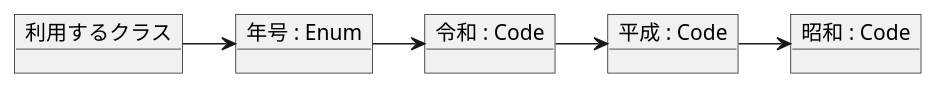
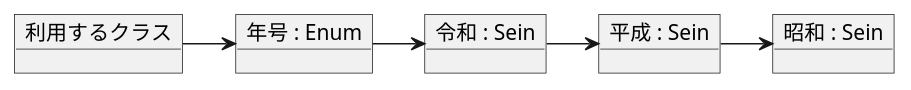
Before and after one commit to turanukimaru/fehs: the diagram in fehsbattlemodel/uml/codeObject.puml, drawn with PlantUML. The commit also changed 7 other files, not shown here.

```diff
--- a/fehsbattlemodel/uml/codeObject.puml
+++ b/fehsbattlemodel/uml/codeObject.puml
@@ -1,15 +1,14 @@
 @startuml
 
 object "利用するクラス" as others
 object "年号 : Enum" as nengo
-object "令和 : Code" as reiwa
-object "平成 : Code" as heisei
-object "昭和 : Code" as showa
+object "令和 : Sein" as reiwaA
+object "平成 : Sein" as heisei
+object "昭和 : Sein" as showa
 
 others -> nengo
-nengo -> reiwa
-reiwa -> heisei
-heisei ->showa
-
+nengo -> reiwaA
+reiwaA -> heisei
+heisei -> showa
 
 @enduml
```
